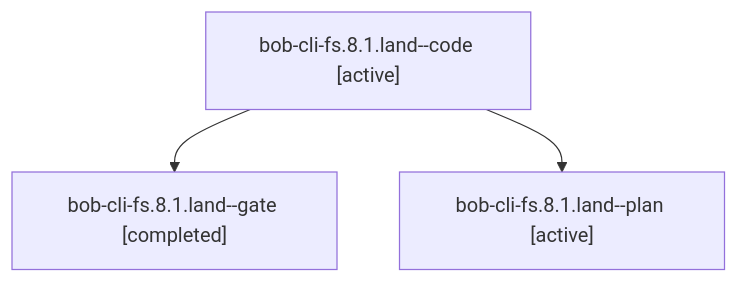
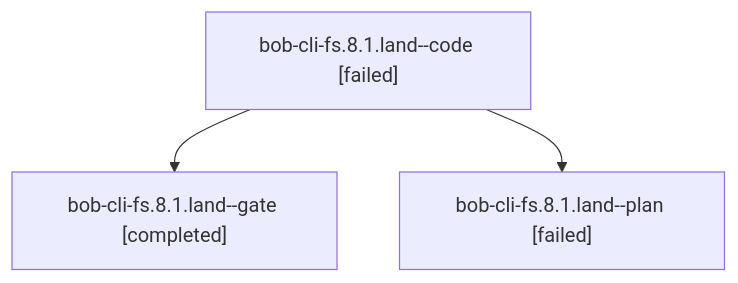
One commit to bobs-org/bob-cli--agents changed the diagram in sessions/bbugyi200.athena.bob-cli-fs.8.1.land.md. Above: the diagram before and after it, drawn with Mermaid. The commit also changed other lines of this file and 46 other files, not shown here.

````diff
--- a/sessions/bbugyi200.athena.bob-cli-fs.8.1.land.md
+++ b/sessions/bbugyi200.athena.bob-cli-fs.8.1.land.md
@@ -9,8 +9,8 @@
 ```mermaid
 flowchart TD
-  n0["bob-cli-fs.8.1.land--code [active]"]
+  n0["bob-cli-fs.8.1.land--code [failed]"]
   n1["bob-cli-fs.8.1.land--gate [completed]"]
   n0 --> n1
-  n2["bob-cli-fs.8.1.land--plan [active]"]
+  n2["bob-cli-fs.8.1.land--plan [failed]"]
   n0 --> n2
 ```
````
